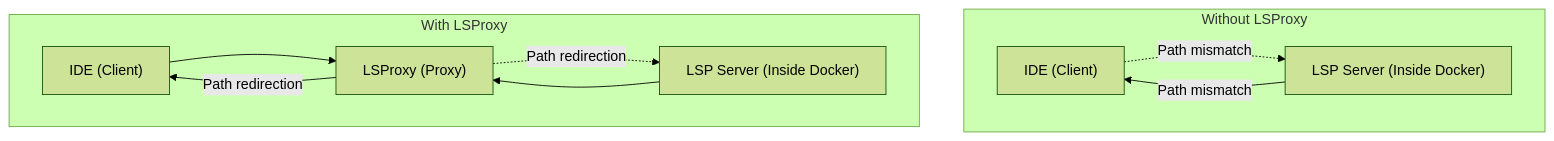
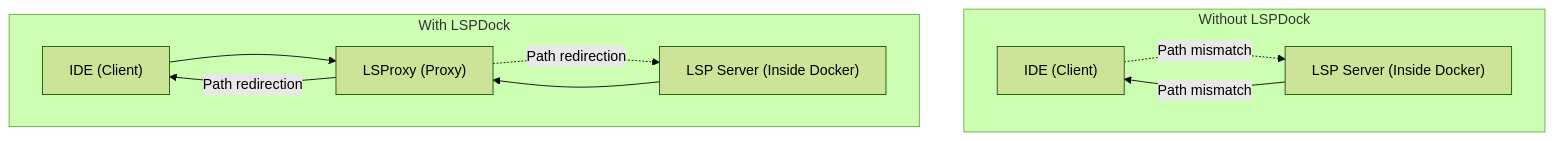
One commit to richardhapb/lspdock changed the diagram in README.md. Above: the diagram before and after it, drawn with Mermaid (forest theme). The commit also changed other lines of this file and 9 other files, not shown here.

First line of the commit message:
feat!: implement multiple proxy to same project and rename to lspdock

````diff
--- a/README.md
+++ b/README.md
@@ -5,14 +5,14 @@
 ```mermaid
 flowchart TD
-    subgraph Without LSProxy
+    subgraph Without LSPDock
         IDE -.->|Path mismatch| LSP
         LSP["LSP Server (Inside Docker)"] -->|Path mismatch| IDE["IDE (Client)"]
     end
 
-    subgraph With LSProxy
-        IDE2["IDE (Client)"] --> LSProxy["LSProxy (Proxy)"]
-        LSProxy["LSProxy (Proxy)"] -->|Path redirection| IDE2["IDE (Client)"]
-        LSP2["LSP Server (Inside Docker)"] --> LSProxy
-        LSProxy -.->|Path redirection| LSP2
+    subgraph With LSPDock
+        IDE2["IDE (Client)"] --> LSPDock["LSProxy (Proxy)"]
+        LSPDock["LSProxy (Proxy)"] -->|Path redirection| IDE2["IDE (Client)"]
+        LSP2["LSP Server (Inside Docker)"] --> LSPDock
+        LSPDock -.->|Path redirection| LSP2
     end
 ```
````
